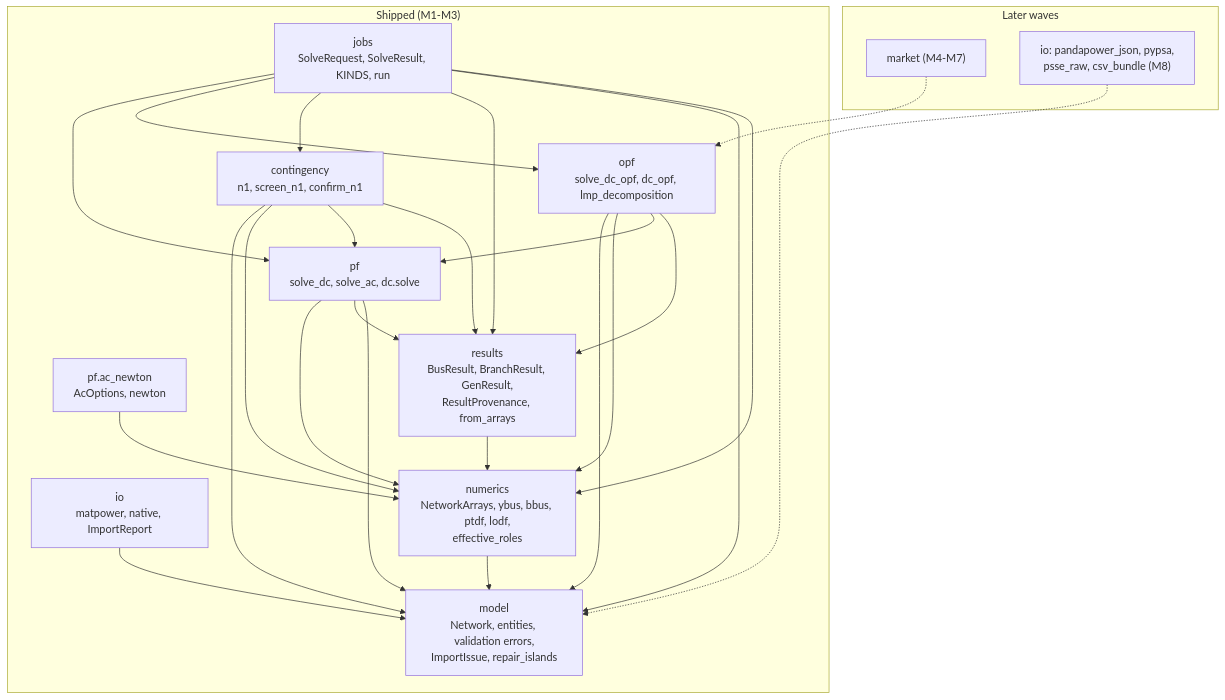
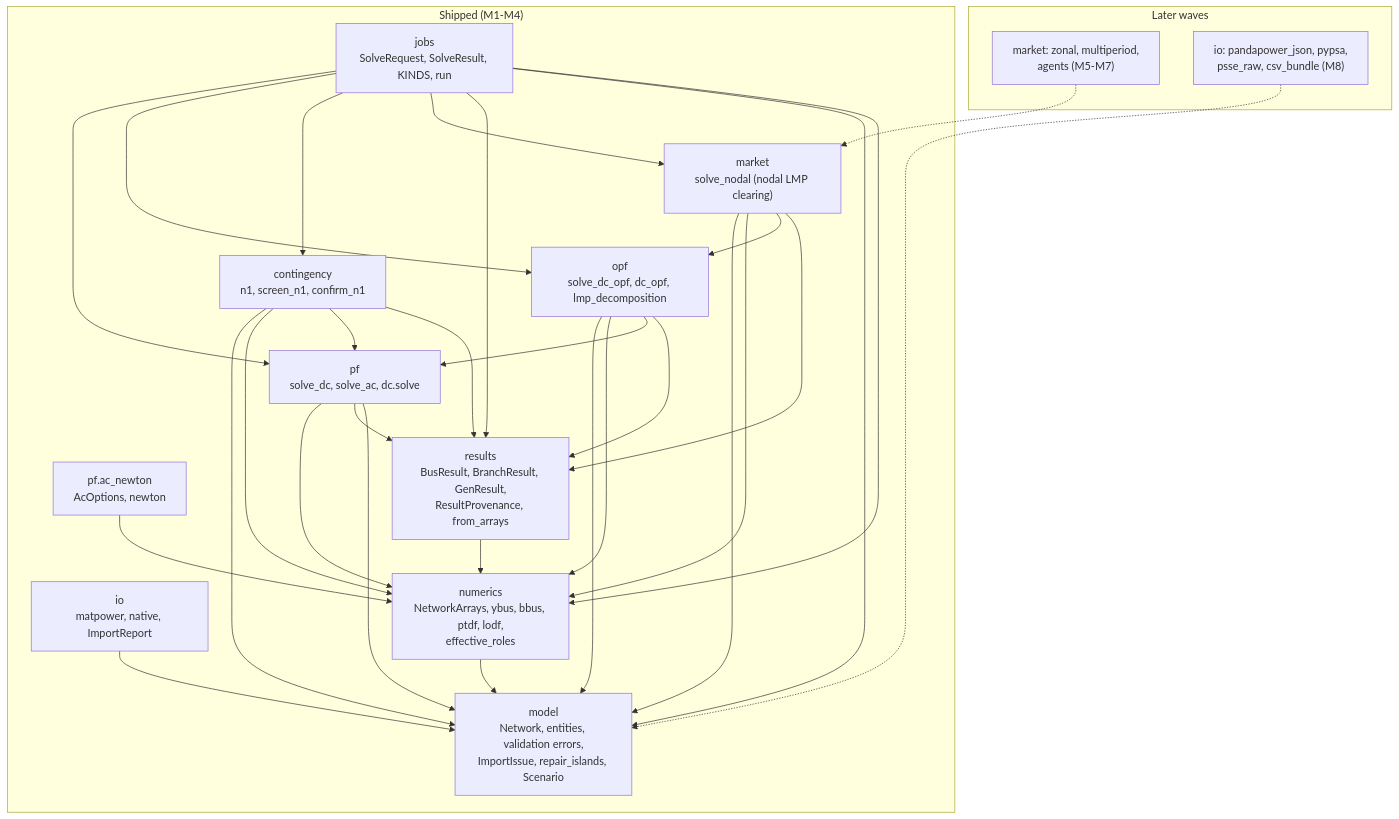
The first of 2 diagrams in docs/design/architecture.md (mambo10005/mambo-power), drawn with Mermaid before and after one commit. The commit also changed other lines of this file and 7 other files, not shown here.

````diff
--- a/docs/design/architecture.md
+++ b/docs/design/architecture.md
@@ -13,42 +13,48 @@
 ```mermaid
 flowchart TB
-    subgraph present["Shipped (M1-M3)"]
-        model["model<br/>Network, entities, validation errors,<br/>ImportIssue, repair_islands"]
+    subgraph present["Shipped (M1-M4)"]
+        model["model<br/>Network, entities, validation errors,<br/>ImportIssue, repair_islands, Scenario"]
         io["io<br/>matpower, native, ImportReport"]
         numerics["numerics<br/>NetworkArrays, ybus, bbus, ptdf, lodf,<br/>effective_roles"]
         pf["pf<br/>solve_dc, solve_ac, dc.solve"]
         ac["pf.ac_newton<br/>AcOptions, newton"]
         opf["opf<br/>solve_dc_opf, dc_opf, lmp_decomposition"]
         contingency["contingency<br/>n1, screen_n1, confirm_n1"]
+        market["market<br/>solve_nodal (nodal LMP clearing)"]
         results["results<br/>BusResult, BranchResult, GenResult,<br/>ResultProvenance, from_arrays"]
         jobs["jobs<br/>SolveRequest, SolveResult, KINDS, run"]
     end
     subgraph later["Later waves"]
-        market["market (M4-M7)"]
+        marketlater["market: zonal, multiperiod,<br/>agents (M5-M7)"]
         formats["io: pandapower_json, pypsa,<br/>psse_raw, csv_bundle (M8)"]
     end
 
     io --> model
     numerics --> model
     pf --> numerics
     pf --> results
     pf --> model
     results --> numerics
     ac --> numerics
     opf --> model
     opf --> numerics
     opf --> pf
     opf --> results
     contingency --> model
     contingency --> numerics
     contingency --> pf
     contingency --> results
+    market --> model
+    market --> numerics
+    market --> opf
+    market --> results
     jobs --> pf
     jobs --> opf
     jobs --> contingency
+    jobs --> market
     jobs --> results
     jobs --> model
     jobs --> numerics
-    market -.-> opf
+    marketlater -.-> market
     formats -.-> model
 ```
````
